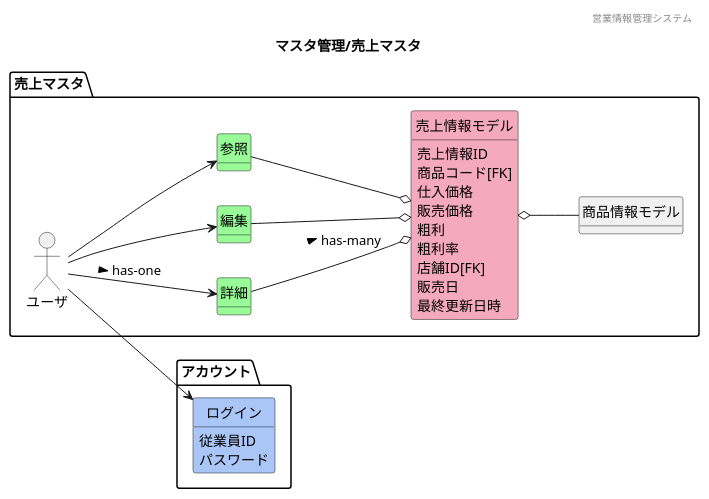
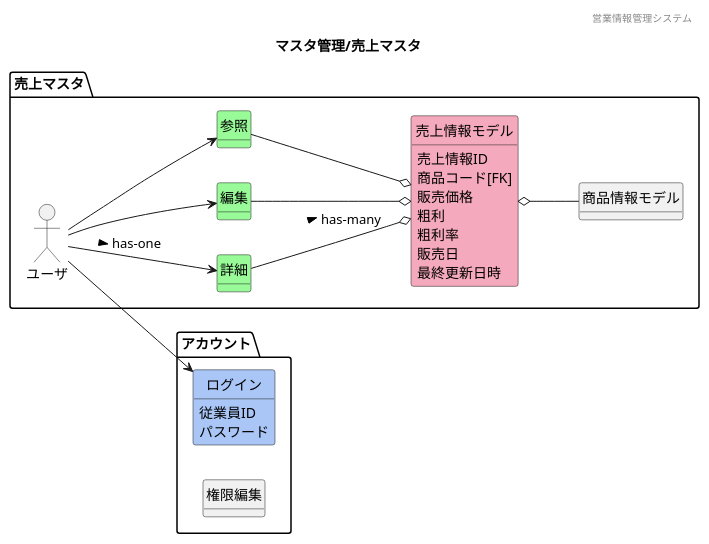
One commit to HaruShim/Sotuken changed the diagram in 各種設計書/1ドメインモデル図/マスタ管理/F04売上マスタ.plantuml. Above: the diagram before and after it, drawn with PlantUML. The commit also changed 13 other files, not shown here.

```diff
--- a/各種設計書/1ドメインモデル図/マスタ管理/F04売上マスタ.plantuml
+++ b/各種設計書/1ドメインモデル図/マスタ管理/F04売上マスタ.plantuml
@@ -1,63 +1,55 @@
 @startuml images/マスタ管理/売上マスタ
 ' ヘッダー
 header 営業情報管理システム
 ' タイトル
 title マスタ管理/売上マスタ
 ' 
 hide circle
 ' 
 hide method
 left to right direction
 
 package "アカウント"{
     class "ログイン" #A9C6F6
+    class "権限編集"
 }
 
 package "売上マスタ" {
     'ユーザや外部システム
     mix_actor "ユーザ"
     class "詳細" #98fb98
     class "編集" #98fb98
     class "参照" #98fb98
     class "売上情報モデル" #F5A9BC 
     class "商品情報モデル"
-    
     ' class "" #F5A9BC
     ' class "" #ffd700
 
     'モデル同士の関係
     ユーザ --> 参照
     ユーザ --> 編集
     ユーザ --> 詳細 : > has-one
     ユーザ --> ログイン
     参照 --o 売上情報モデル
     編集 --o 売上情報モデル
     詳細 --o 売上情報モデル : > has-many
     売上情報モデル o-- 商品情報モデル
 
     'ドメインクラスの属性
     売上情報モデル : 売上情報ID
     売上情報モデル : 商品コード[FK]
-    売上情報モデル : 仕入価格
     売上情報モデル : 販売価格
     売上情報モデル : 粗利
     売上情報モデル : 粗利率
-    売上情報モデル : 店舗ID[FK]
     売上情報モデル : 販売日
     売上情報モデル : 最終更新日時
-    ' 商品情報モデル : 型番
-    ' 商品情報モデル : 商品コード
-    ' 商品情報モデル : JANコード
-    ' 商品情報モデル : 商品画像
-    ' 商品情報モデル : 在庫場所
-    ' 商品情報モデル : カテゴリモデル
-    ' 商品情報モデル : 仕入価格
+
     ログイン : 従業員ID
     ログイン : パスワード
 }
 
 
 
 
 
 @enduml
```
